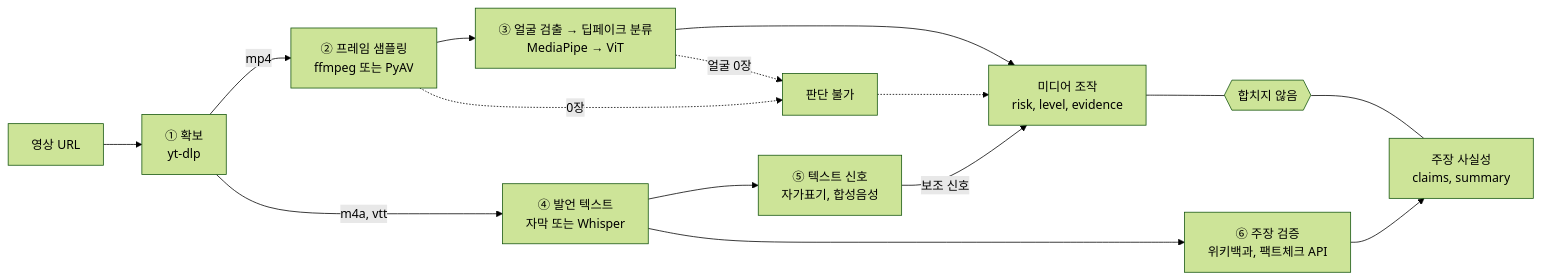
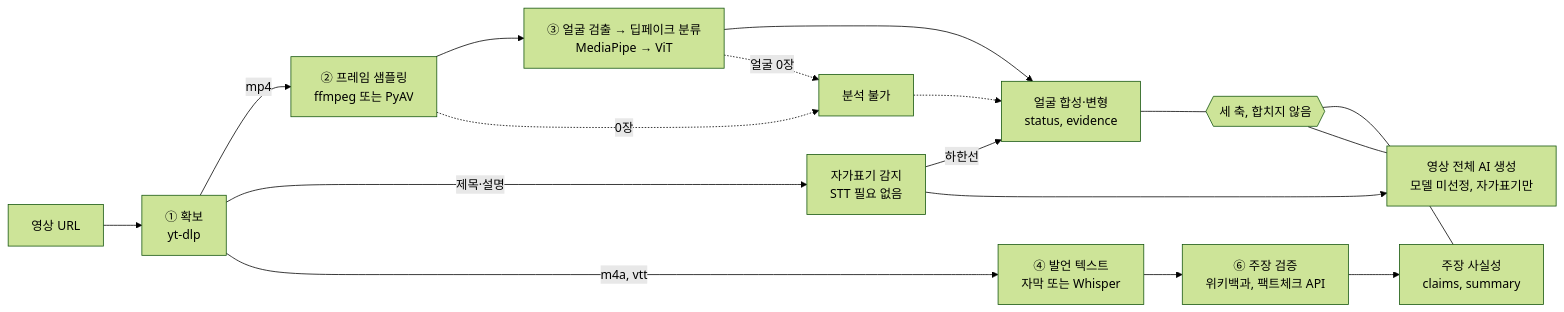
One commit to Dynamic-Juo/be changed the first of 5 diagrams in docs/pipeline.md. Above: the diagram before and after it, drawn with Mermaid (forest theme). The commit also changed other lines of this file and 10 other files, not shown here.

````diff
--- a/docs/pipeline.md
+++ b/docs/pipeline.md
@@ -23,22 +24,24 @@
 ```mermaid
 flowchart LR
     URL["영상 URL"] --> DL["① 확보<br/>yt-dlp"]
 
     DL -->|"mp4"| FRAMES["② 프레임 샘플링<br/>ffmpeg 또는 PyAV"]
+    DL -->|"제목·설명"| SD["자가표기 감지<br/>STT 필요 없음"]
     DL -->|"m4a, vtt"| TEXT["④ 발언 텍스트<br/>자막 또는 Whisper"]
 
     FRAMES --> DETECT["③ 얼굴 검출 → 딥페이크 분류<br/>MediaPipe → ViT"]
-    TEXT --> SIGNALS["⑤ 텍스트 신호<br/>자가표기, 합성음성"]
     TEXT --> CLAIMS["⑥ 주장 검증<br/>위키백과, 팩트체크 API"]
 
-    DETECT --> AXIS_A["미디어 조작<br/>risk, level, evidence"]
-    SIGNALS -->|"보조 신호"| AXIS_A
+    DETECT --> AXIS_A["얼굴 합성·변형<br/>status, evidence"]
+    SD -->|"하한선"| AXIS_A
+    SD --> AXIS_C["영상 전체 AI 생성<br/>모델 미선정, 자가표기만"]
     CLAIMS --> AXIS_B["주장 사실성<br/>claims, summary"]
 
-    FRAMES -.->|"0장"| UNKNOWN["판단 불가"]
+    FRAMES -.->|"0장"| UNKNOWN["분석 불가"]
     DETECT -.->|"얼굴 0장"| UNKNOWN
     UNKNOWN -.-> AXIS_A
 
-    AXIS_A --- SEP{{"합치지 않음"}}
+    AXIS_A --- SEP{{"세 축, 합치지 않음"}}
     SEP --- AXIS_B
+    SEP --- AXIS_C
 ```
````
